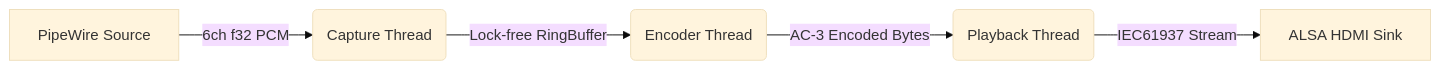
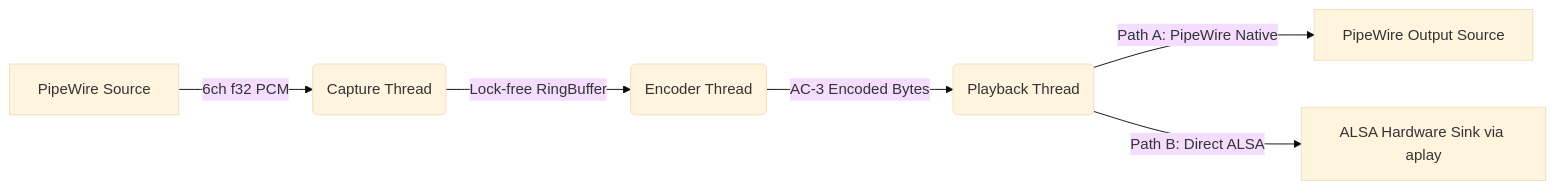
The diagram in docs/ARCHITECTURE.md (pums974/pw-ac3-live), drawn with Mermaid (base theme) before and after one commit. The commit also changed other lines of this file and 5 other files, not shown here.

````diff
--- a/docs/ARCHITECTURE.md
+++ b/docs/ARCHITECTURE.md
@@ -8,7 +8,8 @@
 ```mermaid
 graph LR
     A[PipeWire Source] -->|6ch f32 PCM| B(Capture Thread)
     B -->|Lock-free RingBuffer| C(Encoder Thread)
     C -->|AC-3 Encoded Bytes| D(Playback Thread)
-    D -->|IEC61937 Stream| E[ALSA HDMI Sink]
+    D -->|Path A: PipeWire Native| E[PipeWire Output Source]
+    D -->|Path B: Direct ALSA| F[ALSA Hardware Sink via aplay]
 ```
````
